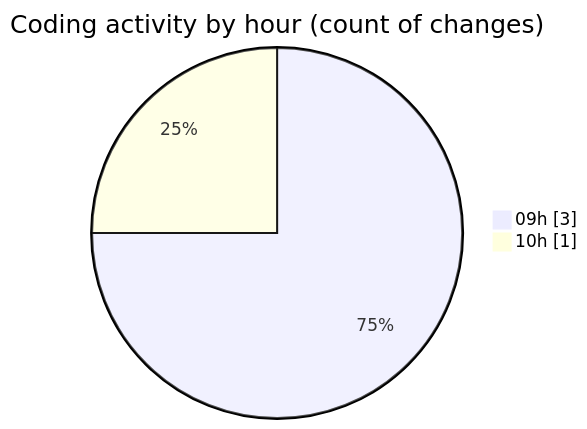
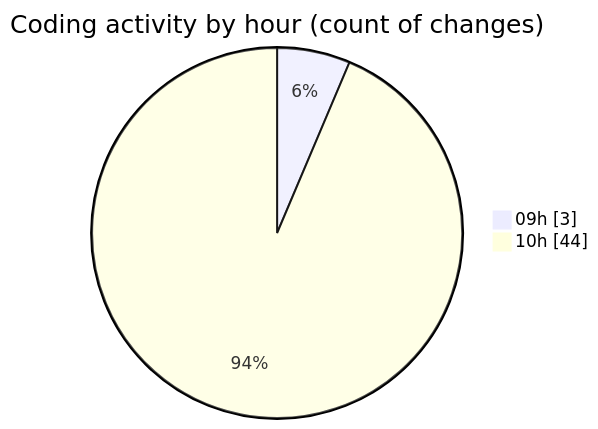
One commit to momahboobian/code-tracking changed the second of 2 diagrams in 2026-09-25/cda/README.md. Above: the diagram before and after it, drawn with Mermaid. The commit also changed other lines of this file and 1 other file, not shown here.

````diff
--- a/2026-09-25/cda/README.md
+++ b/2026-09-25/cda/README.md
@@ -32,6 +52,6 @@
 ```mermaid
 pie showData
 title Coding activity by hour (count of changes)
 "09h" : 3
-"10h" : 1
+"10h" : 44
 ```
````
